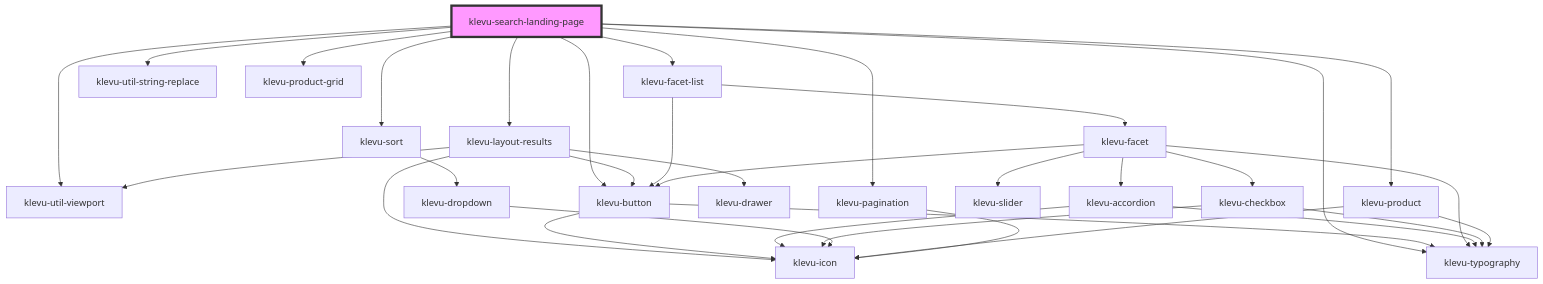
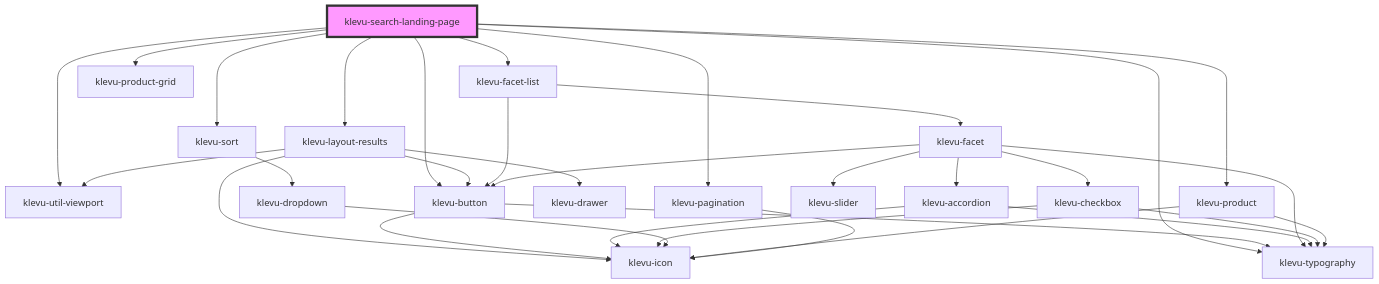
Before and after one commit to klevultd/frontend-sdk: the diagram in packages/klevu-ui/src/components/klevu-search-landing-page/readme.md, drawn with Mermaid. The commit also changed other lines of this file and 12 other files, not shown here.

````diff
--- a/packages/klevu-ui/src/components/klevu-search-landing-page/readme.md
+++ b/packages/klevu-ui/src/components/klevu-search-landing-page/readme.md
@@ -41,36 +40,35 @@
 ```mermaid
 graph TD;
   klevu-search-landing-page --> klevu-util-viewport
   klevu-search-landing-page --> klevu-layout-results
   klevu-search-landing-page --> klevu-facet-list
   klevu-search-landing-page --> klevu-typography
-  klevu-search-landing-page --> klevu-util-string-replace
   klevu-search-landing-page --> klevu-sort
   klevu-search-landing-page --> klevu-product-grid
   klevu-search-landing-page --> klevu-product
   klevu-search-landing-page --> klevu-pagination
   klevu-search-landing-page --> klevu-button
   klevu-layout-results --> klevu-util-viewport
   klevu-layout-results --> klevu-button
   klevu-layout-results --> klevu-icon
   klevu-layout-results --> klevu-drawer
   klevu-button --> klevu-icon
   klevu-button --> klevu-typography
   klevu-facet-list --> klevu-facet
   klevu-facet-list --> klevu-button
   klevu-facet --> klevu-accordion
   klevu-facet --> klevu-typography
   klevu-facet --> klevu-slider
   klevu-facet --> klevu-checkbox
   klevu-facet --> klevu-button
   klevu-accordion --> klevu-typography
   klevu-accordion --> klevu-icon
   klevu-checkbox --> klevu-icon
   klevu-checkbox --> klevu-typography
   klevu-sort --> klevu-dropdown
   klevu-dropdown --> klevu-icon
   klevu-product --> klevu-icon
   klevu-product --> klevu-typography
   klevu-pagination --> klevu-icon
   style klevu-search-landing-page fill:#f9f,stroke:#333,stroke-width:4px
 ```
````
